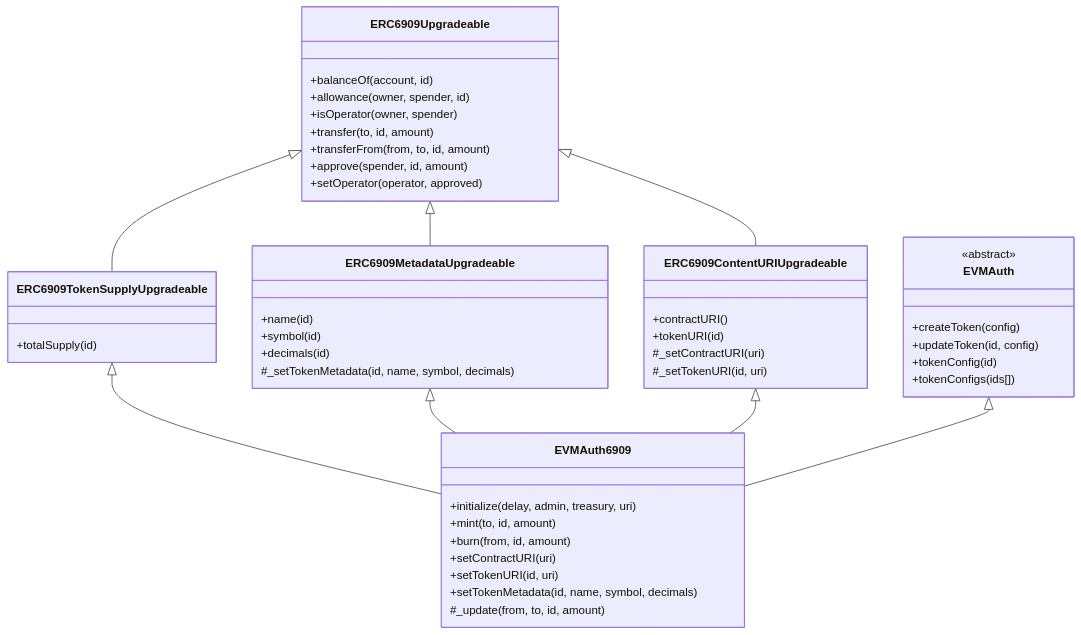
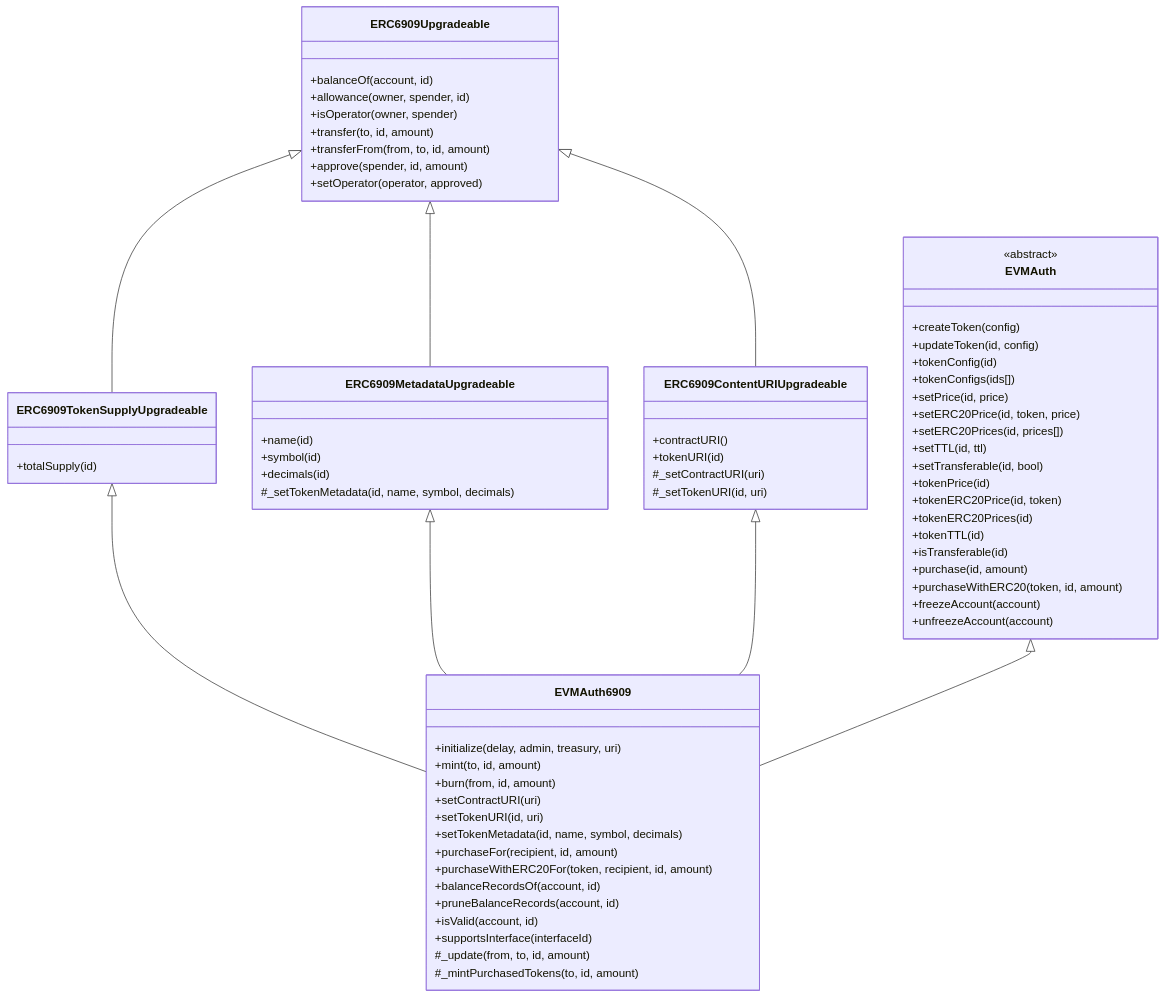
The third of 3 diagrams in src/README.md (glanzz/evmauth-core), drawn with Mermaid before and after one commit. The commit also changed other lines of this file, not shown here.

Commit message:
docs: ensure all class diagrams are accurate

````diff
--- a/src/README.md
+++ b/src/README.md
@@ -154,56 +194,77 @@
 ```mermaid
 classDiagram
     class EVMAuth {
         <<abstract>>
         +createToken(config)
         +updateToken(id, config)
         +tokenConfig(id)
         +tokenConfigs(ids[])
+        +setPrice(id, price)
+        +setERC20Price(id, token, price)
+        +setERC20Prices(id, prices[])
+        +setTTL(id, ttl)
+        +setTransferable(id, bool)
+        +tokenPrice(id)
+        +tokenERC20Price(id, token)
+        +tokenERC20Prices(id)
+        +tokenTTL(id)
+        +isTransferable(id)
+        +purchase(id, amount)
+        +purchaseWithERC20(token, id, amount)
+        +freezeAccount(account)
+        +unfreezeAccount(account)
     }
     
     class ERC6909Upgradeable {
         +balanceOf(account, id)
         +allowance(owner, spender, id)
         +isOperator(owner, spender)
         +transfer(to, id, amount)
         +transferFrom(from, to, id, amount)
         +approve(spender, id, amount)
         +setOperator(operator, approved)
     }
     
     class ERC6909TokenSupplyUpgradeable {
         +totalSupply(id)
     }
     
     class ERC6909MetadataUpgradeable {
         +name(id)
         +symbol(id)
         +decimals(id)
         #_setTokenMetadata(id, name, symbol, decimals)
     }
     
     class ERC6909ContentURIUpgradeable {
         +contractURI()
         +tokenURI(id)
         #_setContractURI(uri)
         #_setTokenURI(id, uri)
     }
     
     class EVMAuth6909 {
         +initialize(delay, admin, treasury, uri)
         +mint(to, id, amount)
         +burn(from, id, amount)
         +setContractURI(uri)
         +setTokenURI(id, uri)
         +setTokenMetadata(id, name, symbol, decimals)
+        +purchaseFor(recipient, id, amount)
+        +purchaseWithERC20For(token, recipient, id, amount)
+        +balanceRecordsOf(account, id)
+        +pruneBalanceRecords(account, id)
+        +isValid(account, id)
+        +supportsInterface(interfaceId)
         #_update(from, to, id, amount)
+        #_mintPurchasedTokens(to, id, amount)
     }
     
     ERC6909Upgradeable <|-- ERC6909TokenSupplyUpgradeable
     ERC6909Upgradeable <|-- ERC6909MetadataUpgradeable
     ERC6909Upgradeable <|-- ERC6909ContentURIUpgradeable
     ERC6909TokenSupplyUpgradeable <|-- EVMAuth6909
     ERC6909MetadataUpgradeable <|-- EVMAuth6909
     ERC6909ContentURIUpgradeable <|-- EVMAuth6909
     EVMAuth <|-- EVMAuth6909
 ```
````
